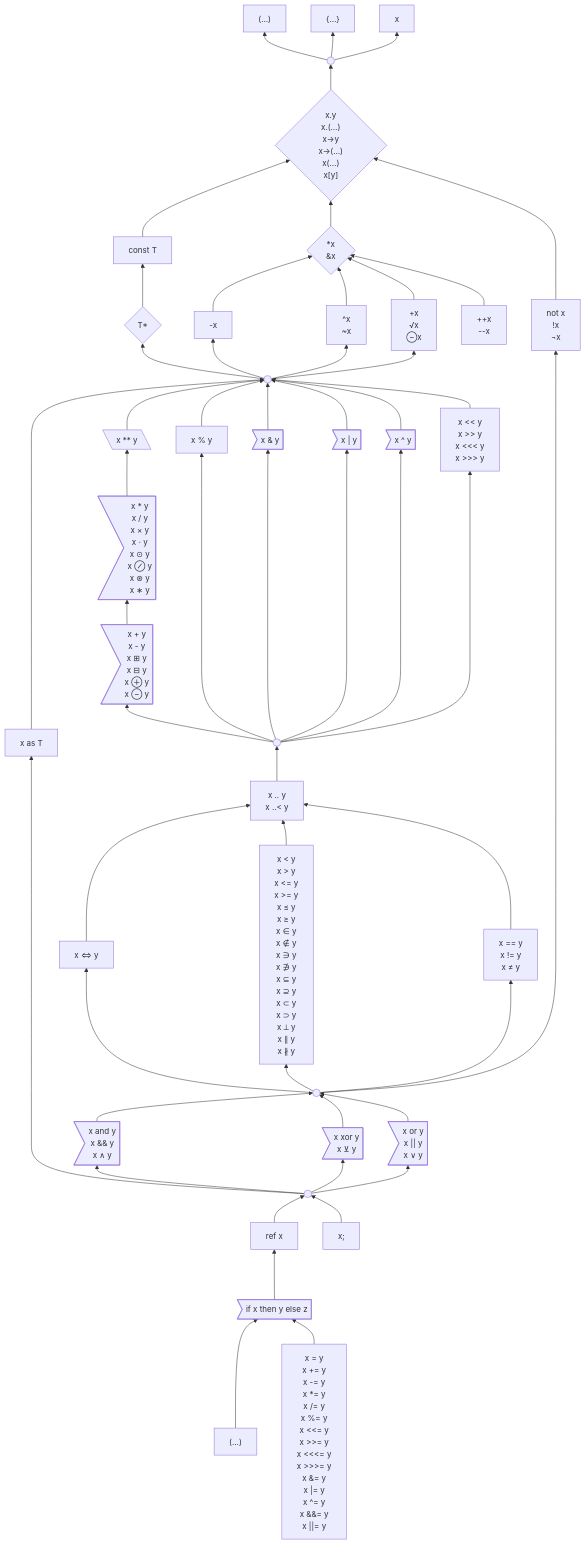
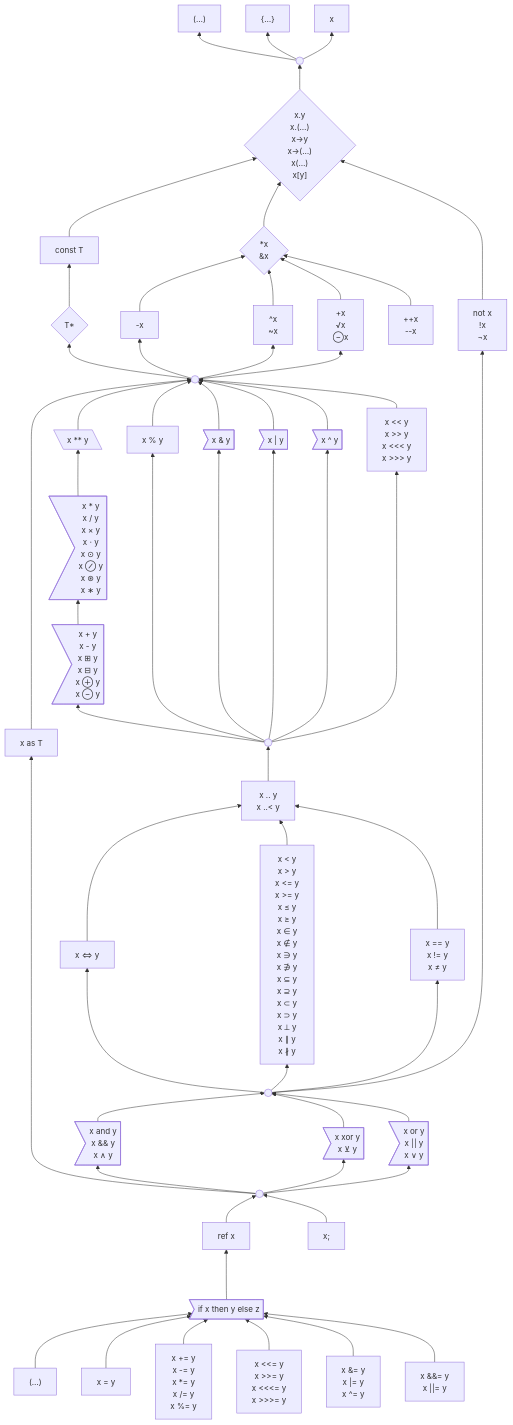
One commit to laro/Cilia changed the first of 2 diagrams in 6 .../2 Unfinished Ideas.md. Above: the diagram before and after it, drawn with Mermaid. The commit also changed other lines of this file, not shown here.

Commit message:
Update 2 Unfinished Ideas.md

````diff
--- a/6 .../2 Unfinished Ideas.md
+++ b/6 .../2 Unfinished Ideas.md
@@ -282,21 +282,25 @@
 
     insideParens["(…)"]
 
-    assignment["x = y
-                x += y
-                x -= y
-                x *= y
-                x /= y
-                x %= y
-                x <<= y
-                x >>= y
-                x <<<= y
-                x >>>= y
-                x &= y
-                x |= y
-                x ^= y
-                x &&= y
-                x ||= y"]
+    assignPlain["x = y"]
+
+    assignArithmetic["x += y
+                      x -= y
+                      x *= y
+                      x /= y
+                      x %= y"]
+
+    assignShift["x <<= y
+                 x >>= y
+                 x <<<= y
+                 x >>>= y"]
+
+    assignBitwise["x &= y
+                   x |= y
+                   x ^= y"]
+
+    assignLogical["x &&= y
+                   x ||= y"]
 
     expressionStatement["x;"]
 
@@ -339,5 +343,5 @@
     logicalExpression --> as & and & logicalXor & or
     ref & expressionStatement --> logicalExpression
     if ---> ref
-    insideParens & assignment --> if
+    insideParens & assignPlain & assignArithmetic & assignShift & assignBitwise & assignLogical --> if
 ```
````
